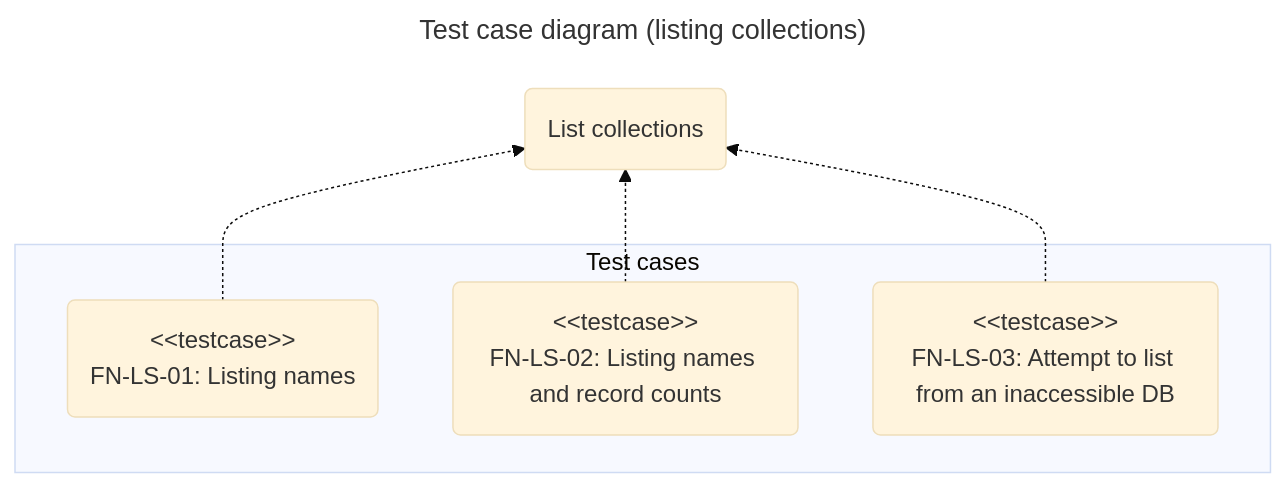
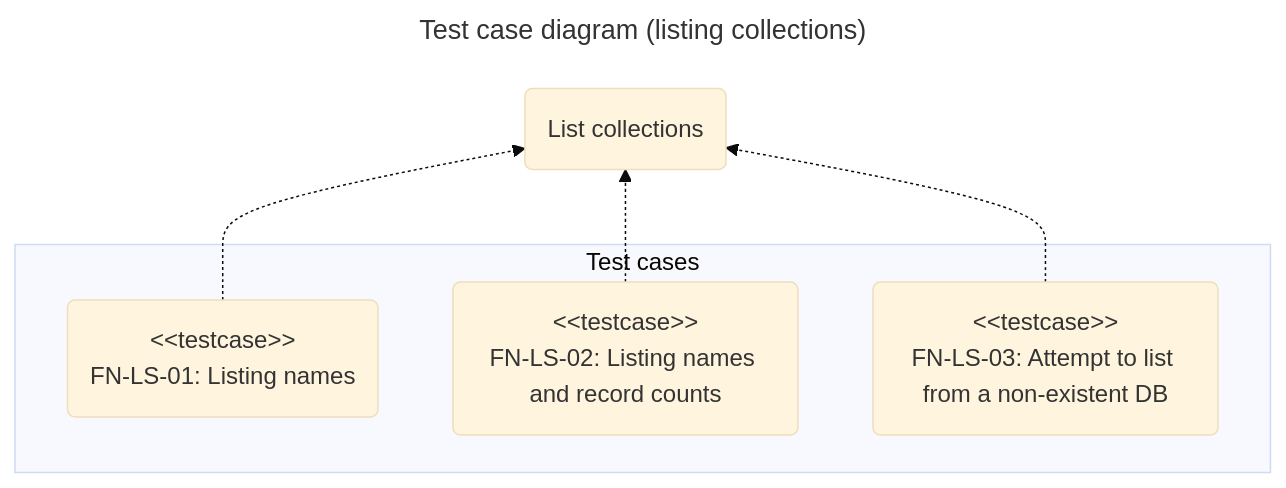
Before and after one commit to chromiodev/chromie-tool: the first of 6 diagrams in docs/spec/tests/functional.en.md, drawn with Mermaid (base theme). The commit also changed other lines of this file and 12 other files, not shown here.

````diff
--- a/docs/spec/tests/functional.en.md
+++ b/docs/spec/tests/functional.en.md
@@ -49,21 +49,21 @@
 ```mermaid
 ---
 title: Test case diagram (listing collections)
 config:
 ---
 
 graph BT
   %% use cases
   listColls@{ shape: "rounded", label: "List collections" }
 
   subgraph "Test cases"
     listCollNames@{ shape: "rounded", label: "#lt;#lt;testcase>><br>FN-LS-01: Listing names" }
     listCollNamesAndCount@{ shape: "rounded", label: "#lt;#lt;testcase>><br>FN-LS-02: Listing names and record counts" }
-    listOnUnknownServer@{ shape: "rounded", label: "#lt;#lt;testcase>><br>FN-LS-03: Attempt to list from an inaccessible DB" }
+    listOnUnknownServer@{ shape: "rounded", label: "#lt;#lt;testcase>><br>FN-LS-03: Attempt to list from a non-existent DB" }
   end
 
 
   listCollNames -.-> listColls
   listCollNamesAndCount -.-> listColls
   listOnUnknownServer -.-> listColls
 ```
````
